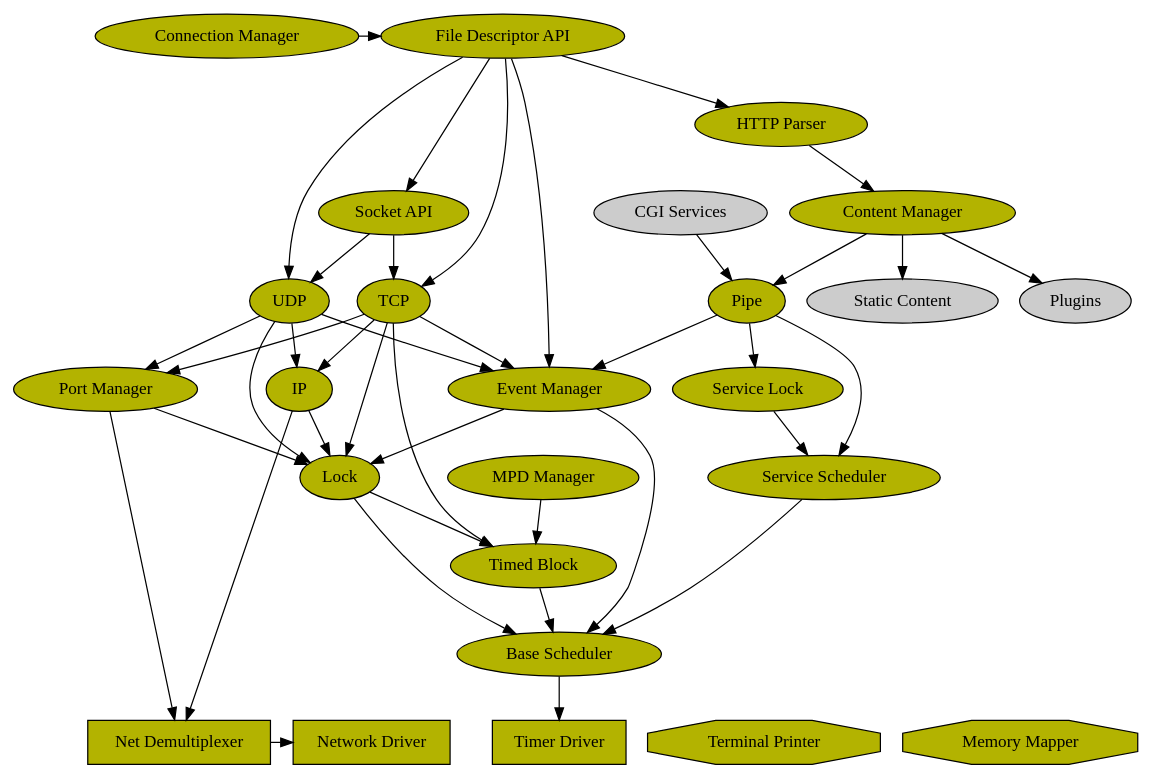
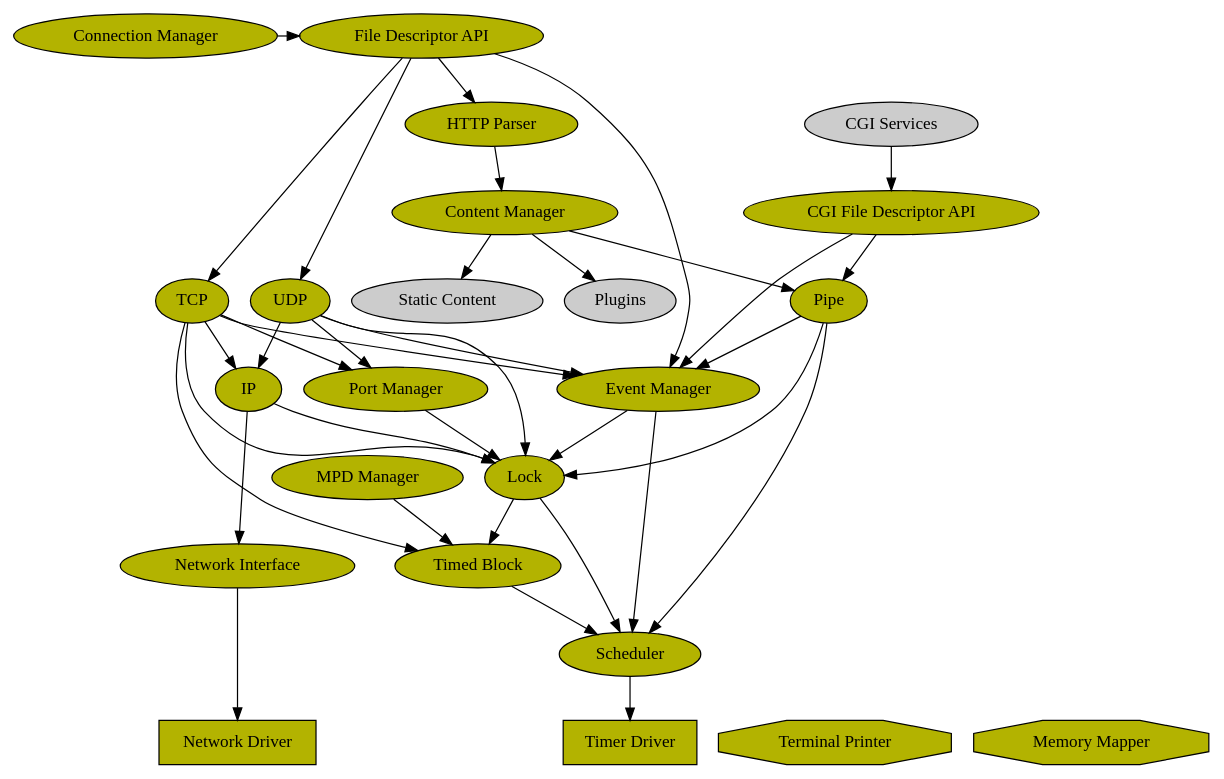
One commit to gwsystems/composite changed the diagram in module/doc/component_web_server.dot. Above: the diagram before and after it, drawn with Graphviz. The commit also changed 5 other files, not shown here.

```diff
--- a/module/doc/component_web_server.dot
+++ b/module/doc/component_web_server.dot
@@ -1,85 +1,82 @@
 digraph web_server {
 	overlap=false;
 //	overlap=scale;
 	splines=true;
 //	rankdir=BT;
 
 	{
 		rank=same;
-		"Net Demultiplexer" [shape=box,style=filled,fillcolor="#b3b300"];
+//		"Net Demultiplexer" [shape=box,style=filled,fillcolor="#b3b300"];
 		"Network Driver" [shape=box,style=filled,fillcolor="#b3b300"];
 		"Timer Driver" [shape=box,style=filled,fillcolor="#b3b300"];
 
 		"Terminal Printer" [shape=octagon,style=filled,fillcolor="#b3b300"];
 		"Memory Mapper" [shape=octagon,style=filled,fillcolor="#b3b300"];
 	};
 	{
 		rank=same;
 		"Connection Manager" [fillcolor="#b3b300",style=filled];
 		"File Descriptor API" [fillcolor="#b3b300",style=filled];
 	};
 
-	"Socket API" [fillcolor="#b3b300",style=filled];
 	"UDP" [fillcolor="#b3b300",style=filled];
 	"TCP" [fillcolor="#b3b300",style=filled];
 	"IP" [fillcolor="#b3b300",style=filled];
 	"Port Manager" [fillcolor="#b3b300",style=filled];
 	"Event Manager" [fillcolor="#b3b300",style=filled];
 
 	"HTTP Parser" [fillcolor="#b3b300",style=filled];
 	"CGI Services" [fillcolor="#cccccc",style=filled];
+	"CGI File Descriptor API" [fillcolor="#b3b300",style=filled];	
 	"Content Manager" [fillcolor="#b3b300",style=filled];
 	"Pipe" [style=filled,fillcolor="#b3b300"];
-	"Service Lock" [style=filled,fillcolor="#b3b300"];
 	"Static Content" [style=filled,fillcolor="#cccccc"];
 	"Plugins" [fillcolor="#cccccc",style=filled];
-	"Service Scheduler" [fillcolor="#b3b300",style=filled];
-
-	"Base Scheduler" [fillcolor="#b3b300",style=filled];
+	"Network Interface" [fillcolor="#b3b300",style=filled];
+	"Scheduler" [fillcolor="#b3b300",style=filled];
 	"Lock" [fillcolor="#b3b300",style=filled];
 	"Timed Block" [fillcolor="#b3b300",style=filled];
 	"MPD Manager" [fillcolor="#b3b300",style=filled];
 
-
 	// Edges
 	"Connection Manager" -> "File Descriptor API";
-	"File Descriptor API" -> "Socket API";
 	"File Descriptor API" -> "TCP";
 	"File Descriptor API" -> "UDP";
 	"File Descriptor API" -> "Event Manager";
 	"HTTP Parser" -> "Content Manager";
 	"Content Manager" -> "Plugins";
 	"Content Manager" -> "Static Content";
 	"Content Manager" -> "Pipe";
-	"CGI Services" -> "Pipe";
-	"Pipe" -> "Service Scheduler";
-	"Pipe" -> "Service Lock";
-	"Service Lock" -> "Service Scheduler";
-	"Service Scheduler" -> "Base Scheduler";
+	"CGI Services" -> "CGI File Descriptor API";
+	"CGI File Descriptor API" -> "Event Manager";
+	"CGI File Descriptor API" -> "Pipe";
 	"Pipe" -> "Event Manager";
-	"Socket API" -> "TCP";
-	"Socket API" -> "UDP";
+	"Pipe" -> "Scheduler";
+	"Pipe" -> "Lock";
 	"UDP" -> "IP";
 	"TCP" -> "IP";
 	"TCP" -> "Timed Block";
 	"UDP" -> "Event Manager";
 	"TCP" -> "Event Manager";
 	"UDP" -> "Port Manager";
 	"TCP" -> "Port Manager";
 	"Port Manager" -> "Lock";
-	"Port Manager" -> "Net Demultiplexer";
-	"Event Manager" -> "Base Scheduler";
+//	"Port Manager" -> "Net Demultiplexer";
+	"Event Manager" -> "Scheduler";
 	"Event Manager" -> "Lock";
 	"Lock" -> "Timed Block";
-	"Lock" -> "Base Scheduler";
-	"Timed Block" -> "Base Scheduler";
+	"Lock" -> "Scheduler";
+	"Timed Block" -> "Scheduler";
 	"UDP" -> "Lock";
 	"TCP" -> "Lock";
 	"IP" -> "Lock";
 //	"File Descriptor API" -> "Lock";
-	"IP" -> "Net Demultiplexer" -> "Network Driver";
-	"Base Scheduler" -> "Timer Driver";
+//	"IP" -> "Net Demultiplexer";
+	"IP" -> "Network Interface";
+//	"IP" -> "Network Driver";
+	"Network Interface" -> "Network Driver";
+	"Scheduler" -> "Timer Driver";
 	"File Descriptor API" -> "HTTP Parser";
 
 	"MPD Manager" -> "Timed Block";	
 }
```
